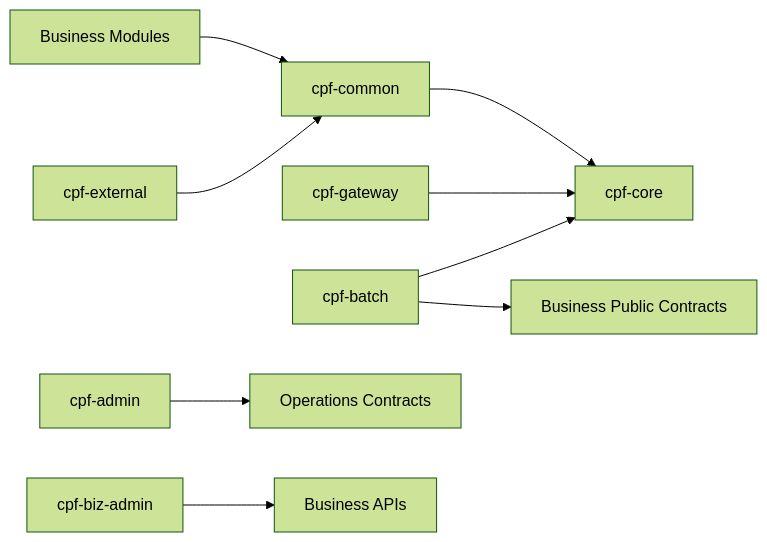
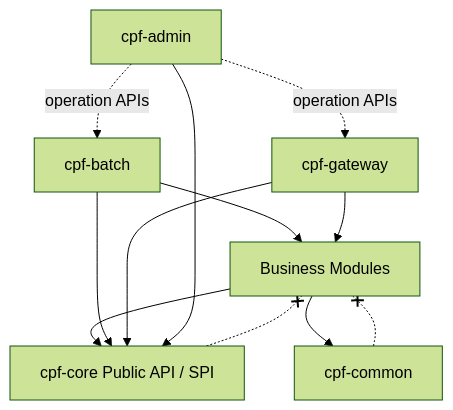
The first of 4 diagrams in cpf-docs/architecture/ARCHITECTURE_GUIDE.md (freeangelsun/202412_01_CPF), drawn with Mermaid (forest theme) before and after one commit. The commit also changed other lines of this file and 27 other files, not shown here.

````diff
--- a/cpf-docs/architecture/ARCHITECTURE_GUIDE.md
+++ b/cpf-docs/architecture/ARCHITECTURE_GUIDE.md
@@ -65,11 +98,15 @@
 ```mermaid
-flowchart LR
-    BUS[Business Modules] --> CMN[cpf-common]
-    CMN --> CORE[cpf-core]
-    GWY[cpf-gateway] --> CORE
-    BAT[cpf-batch] --> CORE
-    BAT --> PUB[Business Public Contracts]
-    ADM[cpf-admin] --> OPS[Operations Contracts]
-    BZA[cpf-biz-admin] --> BIZ[Business APIs]
-    EXS[cpf-external] --> CMN
+flowchart TB
+    BIZ[Business Modules] --> COMMON[cpf-common]
+    BIZ --> CORE[cpf-core Public API / SPI]
+    BATCH[cpf-batch] --> CORE
+    BATCH --> BIZ
+    GW[cpf-gateway] --> CORE
+    GW --> BIZ
+    ADMIN[cpf-admin] --> CORE
+    ADMIN -. operation APIs .-> GW
+    ADMIN -. operation APIs .-> BATCH
+
+    CORE -.-x BIZ
+    COMMON -.-x BIZ
 ```
````
